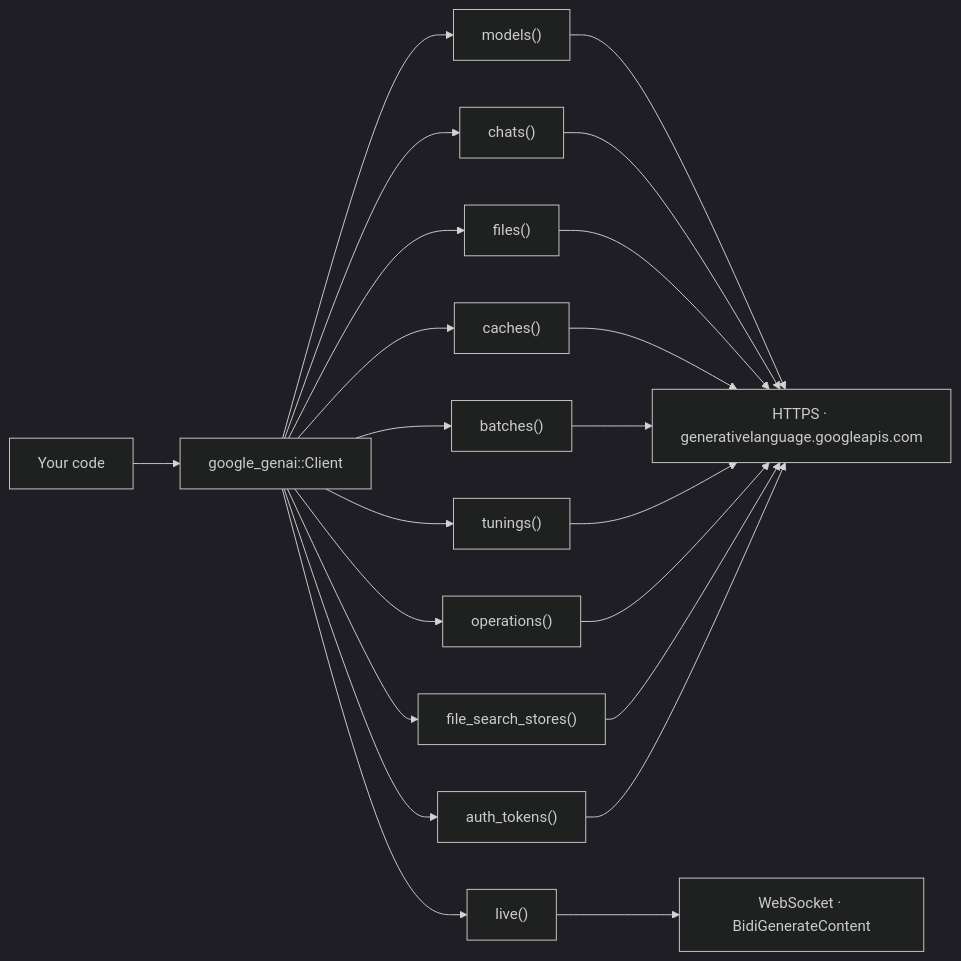
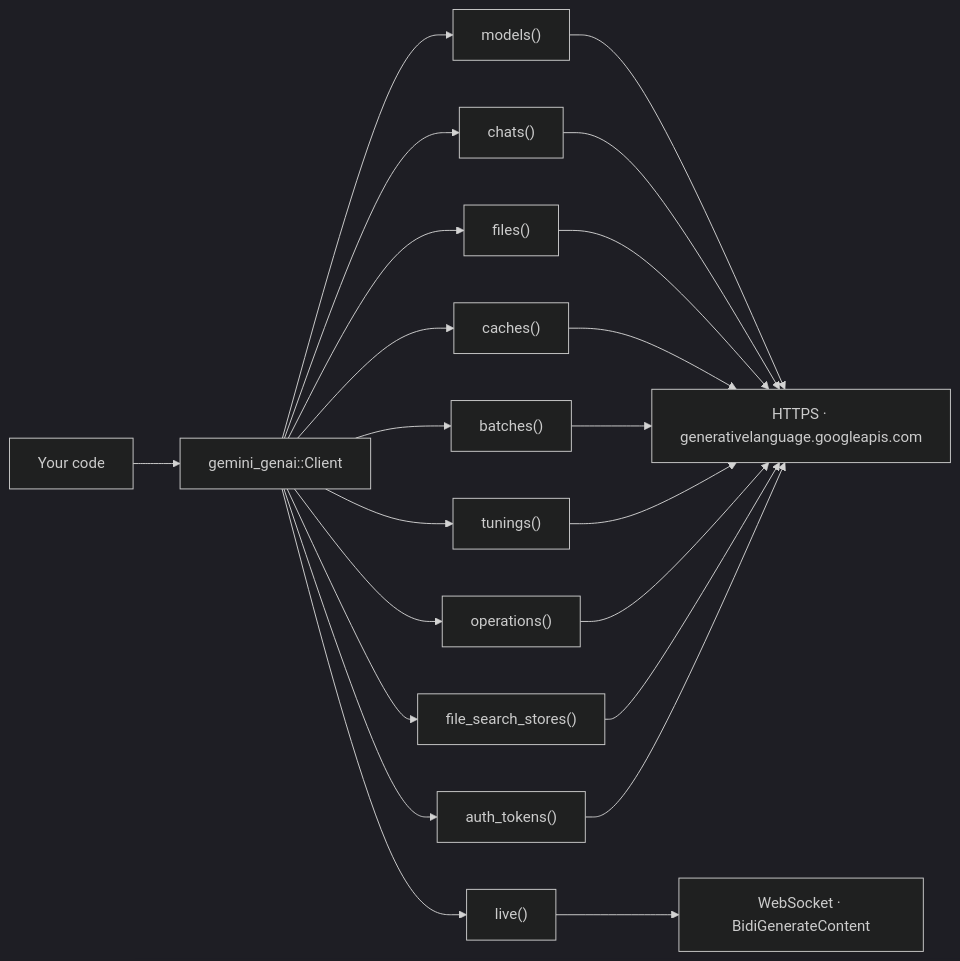
Before and after one commit to siosig/genai-rs: the diagram in README.md, drawn with Mermaid (dark theme). The commit also changed other lines of this file and 91 other files, not shown here.

````diff
--- a/README.md
+++ b/README.md
@@ -40,16 +46,16 @@
 ```mermaid
 flowchart LR
-    App["Your code"] --> C["google_genai::Client"]
+    App["Your code"] --> C["gemini_genai::Client"]
     C --> M["models()"]
     C --> Ch["chats()"]
     C --> F["files()"]
     C --> Ca["caches()"]
     C --> B["batches()"]
     C --> T["tunings()"]
     C --> O["operations()"]
     C --> FS["file_search_stores()"]
     C --> A["auth_tokens()"]
     C --> L["live()"]
     M & Ch & F & Ca & B & T & O & FS & A --> H["HTTPS · generativelanguage.googleapis.com"]
     L --> W["WebSocket · BidiGenerateContent"]
 ```
````
